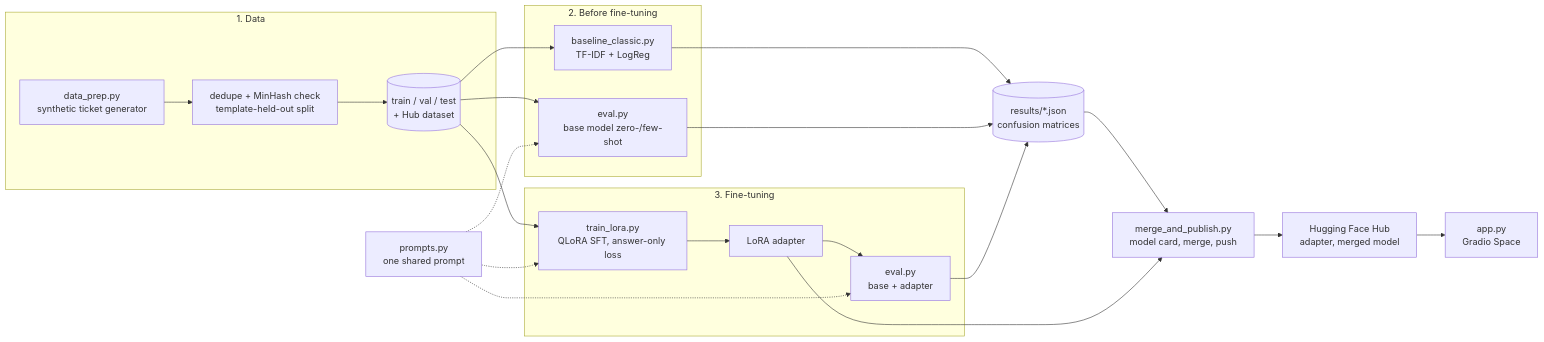
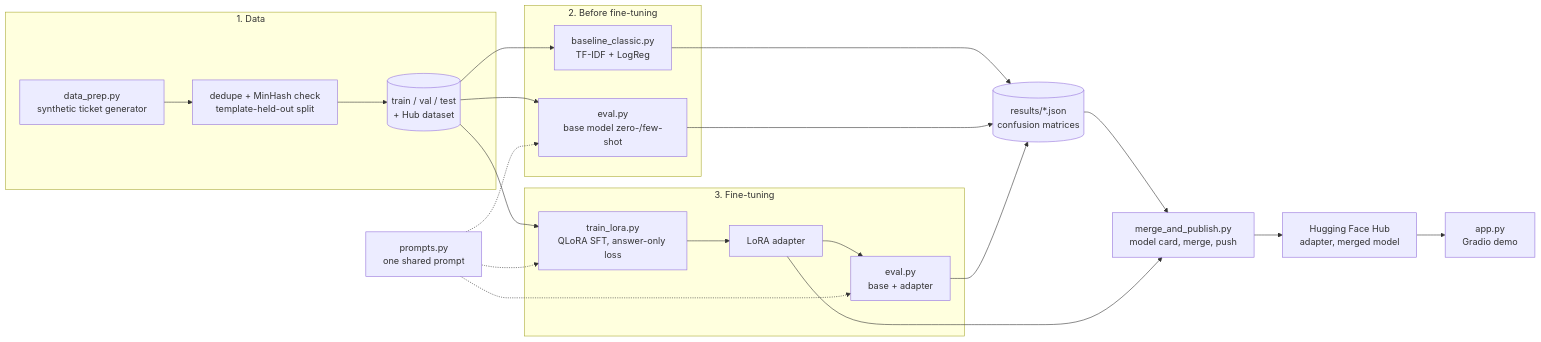
Before and after one commit to ShreyaBatra6/it-ticket-triage-lora: the diagram in README.md, drawn with Mermaid. The commit also changed other lines of this file and 4 other files, not shown here.

First line of the commit message:
Make the demo Space optional and update the Colab notes

````diff
--- a/README.md
+++ b/README.md
@@ -53,29 +66,29 @@
 ```mermaid
 flowchart LR
     subgraph data["1. Data"]
         GEN["data_prep.py<br/>synthetic ticket generator"] --> SPLIT["dedupe + MinHash check<br/>template-held-out split"]
         SPLIT --> DS[("train / val / test<br/>+ Hub dataset")]
     end
     subgraph before["2. Before fine-tuning"]
         TFIDF["baseline_classic.py<br/>TF-IDF + LogReg"]
         BASE["eval.py<br/>base model zero-/few-shot"]
     end
     subgraph after["3. Fine-tuning"]
         TRAIN["train_lora.py<br/>QLoRA SFT, answer-only loss"] --> ADAPTER["LoRA adapter"]
         ADAPTER --> EVAL["eval.py<br/>base + adapter"]
     end
     PROMPT["prompts.py<br/>one shared prompt"]
     DS --> TFIDF
     DS --> BASE
     DS --> TRAIN
     PROMPT -.-> BASE
     PROMPT -.-> TRAIN
     PROMPT -.-> EVAL
     TFIDF --> RES[("results/*.json<br/>confusion matrices")]
     BASE --> RES
     EVAL --> RES
     RES --> PUB["merge_and_publish.py<br/>model card, merge, push"]
     ADAPTER --> PUB
     PUB --> HUB["Hugging Face Hub<br/>adapter, merged model"]
-    HUB --> APP["app.py<br/>Gradio Space"]
+    HUB --> APP["app.py<br/>Gradio demo"]
 ```
````
